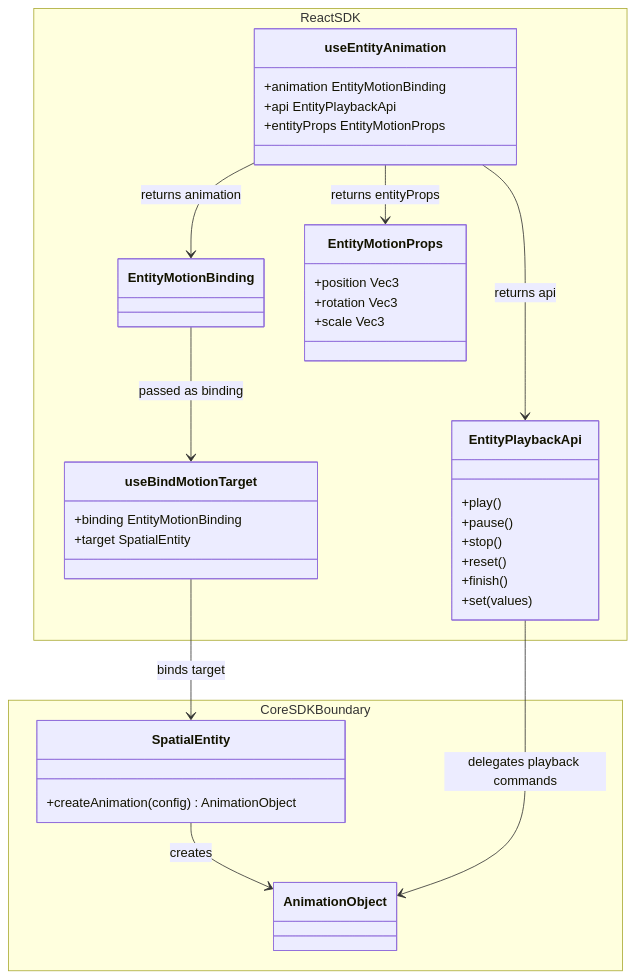
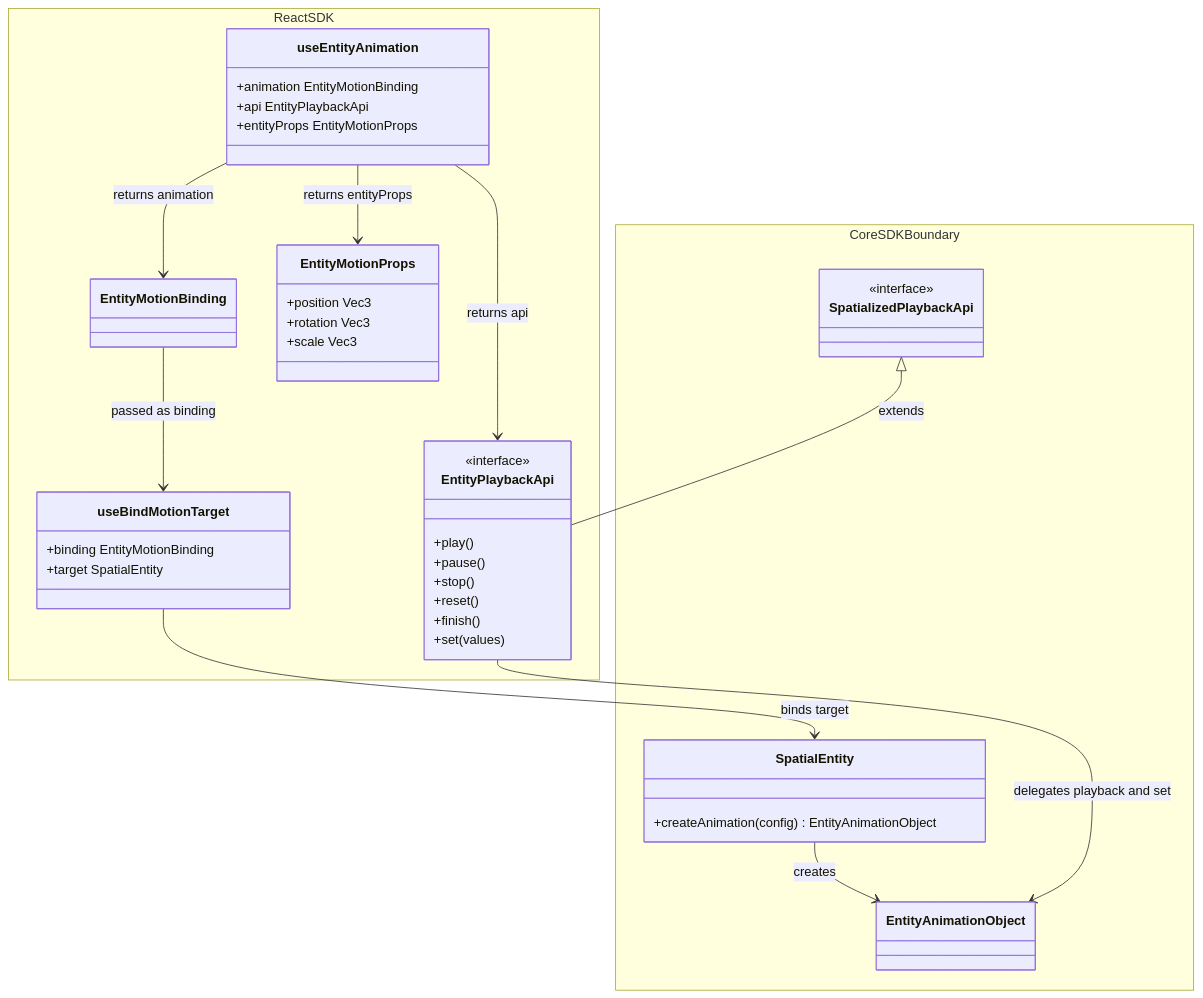
Before and after one commit to webspatial/webspatial-sdk: the fifth of 14 diagrams in openspec/changes/redesign-entity-motion-api/design.md, drawn with Mermaid. The commit also changed other lines of this file and 1 other file, not shown here.

````diff
--- a/openspec/changes/redesign-entity-motion-api/design.md
+++ b/openspec/changes/redesign-entity-motion-api/design.md
@@ -364,41 +399,46 @@
 ```mermaid
 classDiagram
     namespace ReactSDK {
         class useEntityAnimation {
             +animation EntityMotionBinding
             +api EntityPlaybackApi
             +entityProps EntityMotionProps
         }
         class EntityPlaybackApi {
+            <<interface>>
             +play()
             +pause()
             +stop()
             +reset()
             +finish()
             +set(values)
         }
         class EntityMotionBinding
         class EntityMotionProps {
             +position Vec3
             +rotation Vec3
             +scale Vec3
         }
         class useBindMotionTarget {
             +binding EntityMotionBinding
             +target SpatialEntity
         }
     }
     namespace CoreSDKBoundary {
+        class SpatializedPlaybackApi {
+            <<interface>>
+        }
         class SpatialEntity {
-            +createAnimation(config) AnimationObject
+            +createAnimation(config) EntityAnimationObject
         }
-        class AnimationObject
+        class EntityAnimationObject
     }
     useEntityAnimation --> EntityMotionBinding : returns animation
     useEntityAnimation --> EntityPlaybackApi : returns api
     useEntityAnimation --> EntityMotionProps : returns entityProps
     EntityMotionBinding --> useBindMotionTarget : passed as binding
     useBindMotionTarget --> SpatialEntity : binds target
-    SpatialEntity --> AnimationObject : creates
-    EntityPlaybackApi --> AnimationObject : delegates playback commands
+    SpatializedPlaybackApi <|-- EntityPlaybackApi : extends
+    SpatialEntity --> EntityAnimationObject : creates
+    EntityPlaybackApi --> EntityAnimationObject : delegates playback and set
 ```
````
